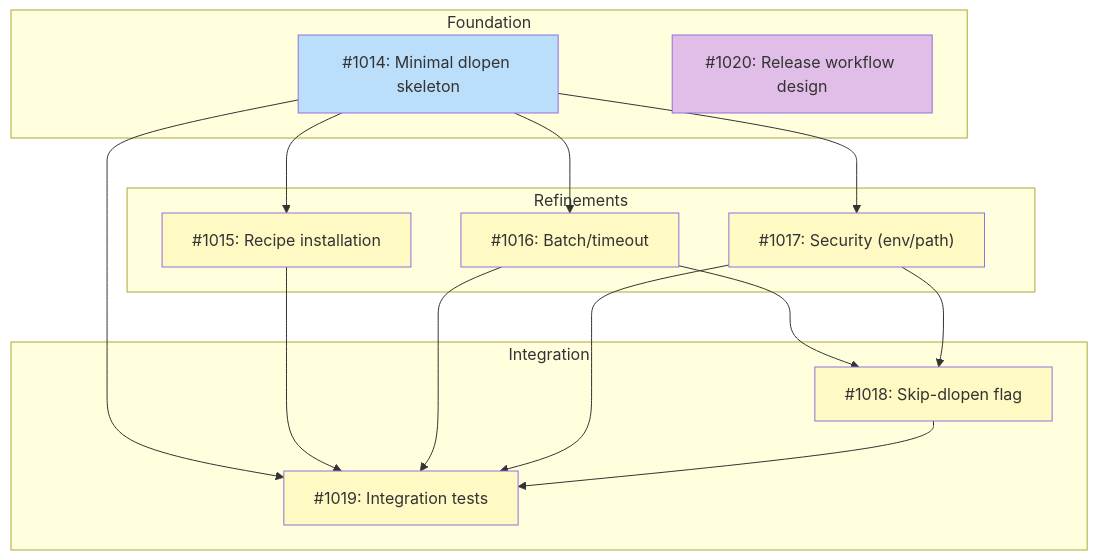
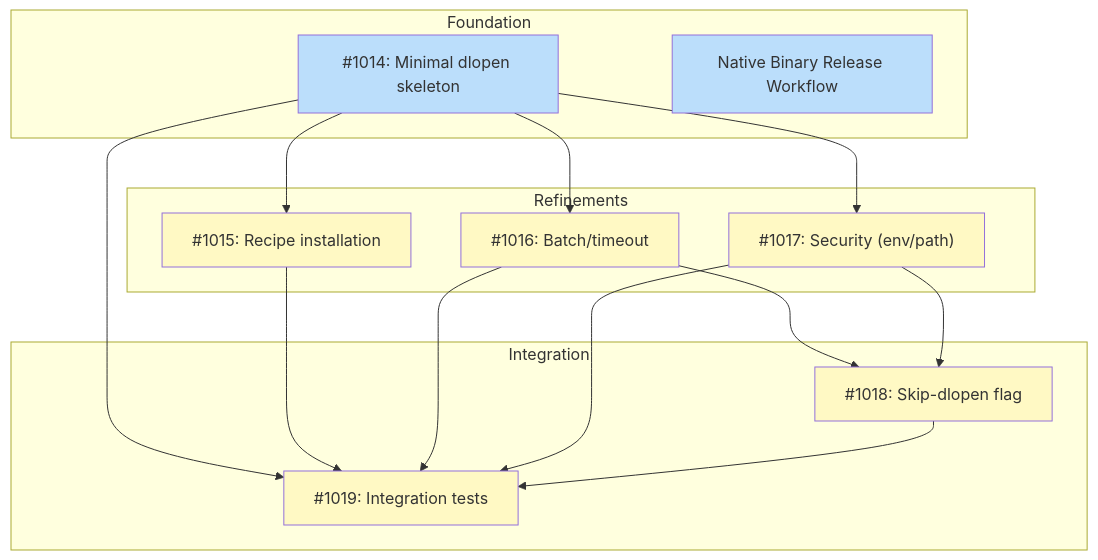
One commit to tsukumogami/tsuku changed the diagram in docs/designs/DESIGN-library-verify-dlopen.md. Above: the diagram before and after it, drawn with Mermaid. The commit also changed other lines of this file, not shown here.

Commit message:
docs(design): replace closed #1020 with milestone 43 reference (#1049)
Update DESIGN-library-verify-dlopen.md to reference the open "Native
Binary
Release Workflow" milestone instead of closed issue #1020. The issue
resulted
in DESIGN-release-workflow-native.md which spawned milestone 43.

````diff
--- a/docs/designs/DESIGN-library-verify-dlopen.md
+++ b/docs/designs/DESIGN-library-verify-dlopen.md
@@ -28,38 +28,38 @@
 ```mermaid
 graph TD
     subgraph Foundation["Foundation"]
         I1014["#1014: Minimal dlopen skeleton"]
-        I1020["#1020: Release workflow design"]
+        NBRW["Native Binary Release Workflow"]
     end
 
     subgraph Refinements["Refinements"]
         I1015["#1015: Recipe installation"]
         I1016["#1016: Batch/timeout"]
         I1017["#1017: Security (env/path)"]
     end
 
     subgraph Integration["Integration"]
         I1018["#1018: Skip-dlopen flag"]
         I1019["#1019: Integration tests"]
     end
 
     I1014 --> I1015
     I1014 --> I1016
     I1014 --> I1017
     I1016 --> I1018
     I1017 --> I1018
     I1014 --> I1019
     I1015 --> I1019
     I1016 --> I1019
     I1017 --> I1019
     I1018 --> I1019
 
     classDef done fill:#c8e6c9
     classDef ready fill:#bbdefb
     classDef blocked fill:#fff9c4
     classDef needsDesign fill:#e1bee7
 
     class I1014 ready
-    class I1020 needsDesign
+    class NBRW ready
     class I1015,I1016,I1017,I1018,I1019 blocked
 ```
````
